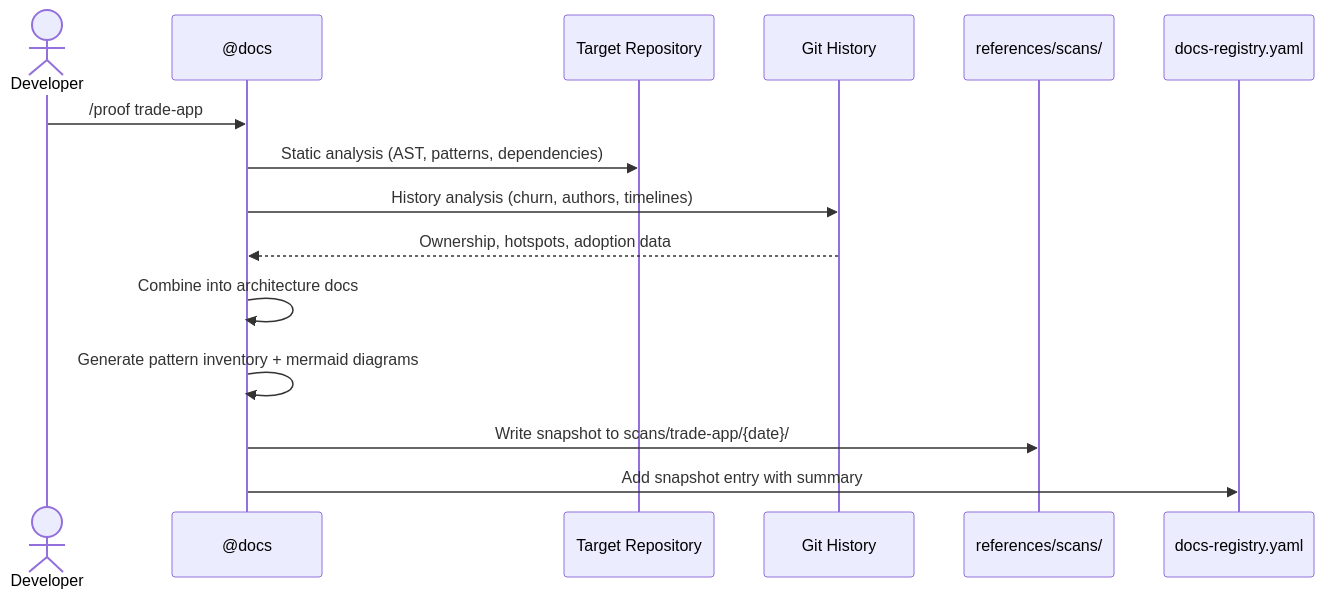
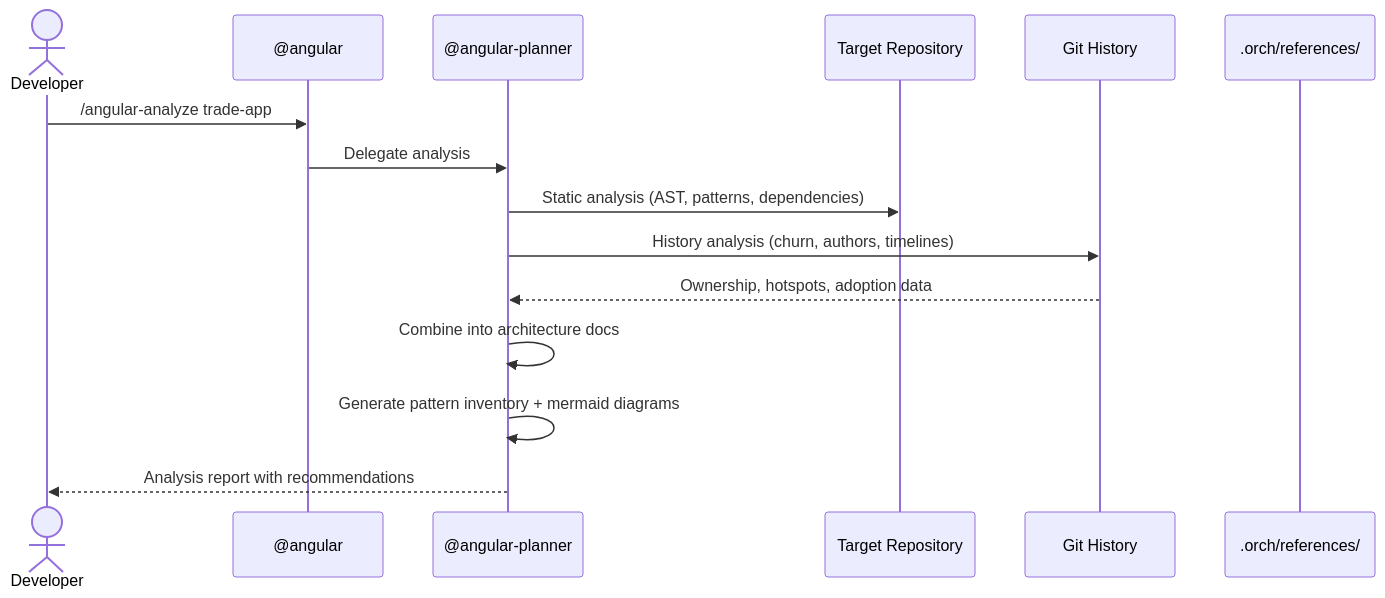
Before and after one commit to oneinthebox/vscode-ghcp-agents: diagram 15 of 17 in docs/tech.md, drawn with Mermaid. The commit also changed other lines of this file and 11 other files, not shown here.

````diff
--- a/docs/tech.md
+++ b/docs/tech.md
@@ -798,18 +885,18 @@
 ```mermaid
 sequenceDiagram
     actor Dev as Developer
-    participant Agent as @docs
+    participant Coord as @angular
+    participant Planner as @angular-planner
     participant Repo as Target Repository
     participant Git as Git History
-    participant Refs as references/scans/
-    participant Reg as docs-registry.yaml
+    participant Refs as .orch/references/
 
-    Dev->>Agent: /proof trade-app
-    Agent->>Repo: Static analysis (AST, patterns, dependencies)
-    Agent->>Git: History analysis (churn, authors, timelines)
-    Git-->>Agent: Ownership, hotspots, adoption data
-    Agent->>Agent: Combine into architecture docs
-    Agent->>Agent: Generate pattern inventory + mermaid diagrams
-    Agent->>Refs: Write snapshot to scans/trade-app/{date}/
-    Agent->>Reg: Add snapshot entry with summary
+    Dev->>Coord: /angular-analyze trade-app
+    Coord->>Planner: Delegate analysis
+    Planner->>Repo: Static analysis (AST, patterns, dependencies)
+    Planner->>Git: History analysis (churn, authors, timelines)
+    Git-->>Planner: Ownership, hotspots, adoption data
+    Planner->>Planner: Combine into architecture docs
+    Planner->>Planner: Generate pattern inventory + mermaid diagrams
+    Planner-->>Dev: Analysis report with recommendations
 ```
````
